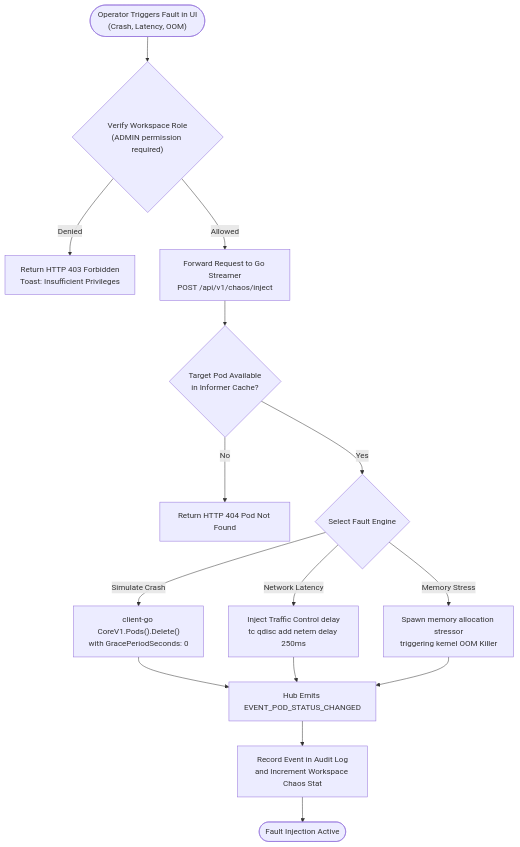
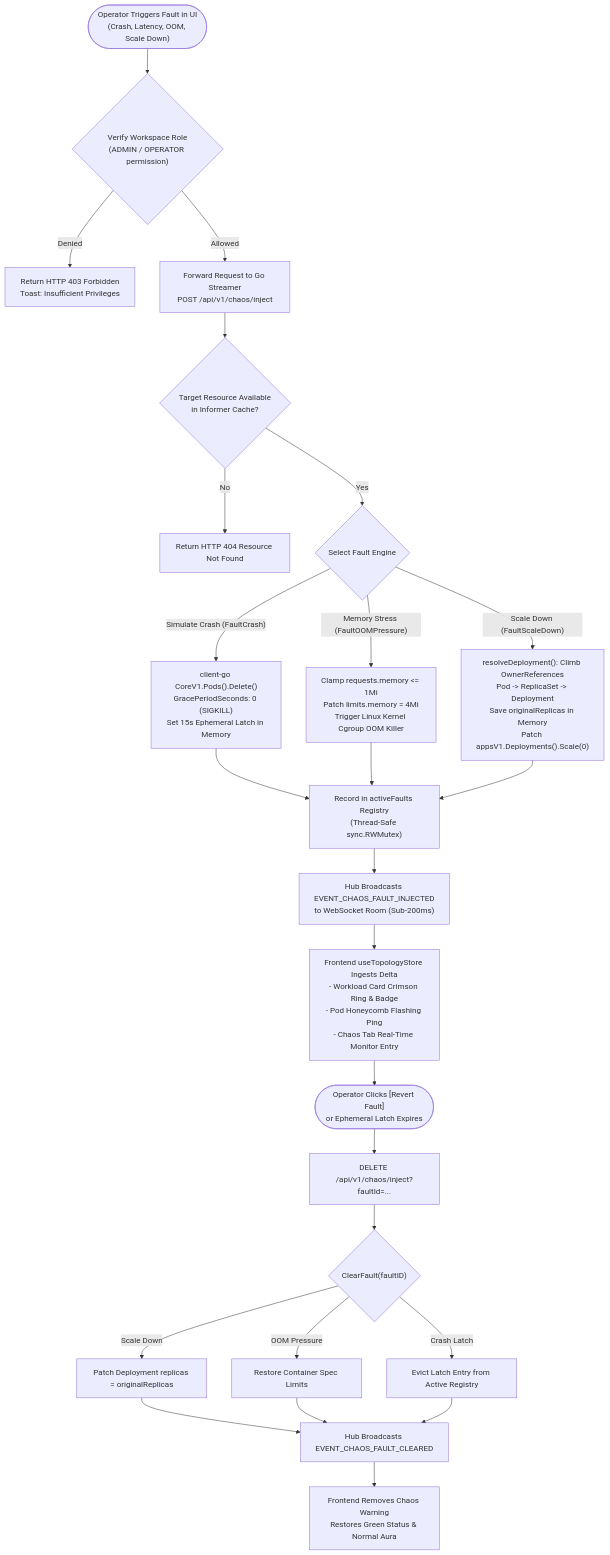
One commit to P20000/EnvScale changed the ninth of 9 diagrams in docs/detailed-design.md. Above: the diagram before and after it, drawn with Mermaid. The commit also changed other lines of this file, not shown here.

Commit message:
docs(design): add elementary deep-dive mechanics for chaos, dynamic edge routing, and config topology

````diff
--- a/docs/detailed-design.md
+++ b/docs/detailed-design.md
@@ -456,23 +456,39 @@
 ```mermaid
 flowchart TD
-    TRIGGER(["Operator Triggers Fault in UI<br/>(Crash, Latency, OOM)"]) --> AUTH_VERIFY{"Verify Workspace Role<br/>(ADMIN permission required)"}
+    TRIGGER(["Operator Triggers Fault in UI<br/>(Crash, Latency, OOM, Scale Down)"]) --> AUTH_VERIFY{"Verify Workspace Role<br/>(ADMIN / OPERATOR permission)"}
     
     AUTH_VERIFY -- Denied --> ERR_403["Return HTTP 403 Forbidden<br/>Toast: Insufficient Privileges"]
     AUTH_VERIFY -- Allowed --> DISPATCH["Forward Request to Go Streamer<br/>POST /api/v1/chaos/inject"]
     
-    DISPATCH --> TARGET_RESOLVE{"Target Pod Available<br/>in Informer Cache?"}
-    TARGET_RESOLVE -- No --> ERR_404["Return HTTP 404 Pod Not Found"]
+    DISPATCH --> TARGET_RESOLVE{"Target Resource Available<br/>in Informer Cache?"}
+    TARGET_RESOLVE -- No --> ERR_404["Return HTTP 404 Resource Not Found"]
     
     TARGET_RESOLVE -- Yes --> FAULT_TYPE{"Select Fault Engine"}
     
-    FAULT_TYPE -- "Simulate Crash" --> K8S_KILL["client-go CoreV1.Pods().Delete()<br/>with GracePeriodSeconds: 0"]
-    FAULT_TYPE -- "Network Latency" --> TC_EXEC["Inject Traffic Control delay<br/>tc qdisc add netem delay 250ms"]
-    FAULT_TYPE -- "Memory Stress" --> STRESS_OOM["Spawn memory allocation stressor<br/>triggering kernel OOM Killer"]
+    FAULT_TYPE -- "Simulate Crash (FaultCrash)" --> K8S_KILL["client-go CoreV1.Pods().Delete()<br/>GracePeriodSeconds: 0 (SIGKILL)<br/>Set 15s Ephemeral Latch in Memory"]
+    FAULT_TYPE -- "Memory Stress (FaultOOMPressure)" --> STRESS_OOM["Clamp requests.memory <= 1Mi<br/>Patch limits.memory = 4Mi<br/>Trigger Linux Kernel Cgroup OOM Killer"]
+    FAULT_TYPE -- "Scale Down (FaultScaleDown)" --> RESOLVE_DEP["resolveDeployment(): Climb OwnerReferences<br/>Pod -> ReplicaSet -> Deployment<br/>Save originalReplicas in Memory<br/>Patch appsV1.Deployments().Scale(0)"]
     
-    K8S_KILL --> BROADCAST["Hub Emits EVENT_POD_STATUS_CHANGED"]
-    TC_EXEC --> BROADCAST
-    STRESS_OOM --> BROADCAST
+    K8S_KILL --> REG_FAULT["Record in activeFaults Registry<br/>(Thread-Safe sync.RWMutex)"]
+    STRESS_OOM --> REG_FAULT
+    RESOLVE_DEP --> REG_FAULT
     
-    BROADCAST --> LOG_AUDIT["Record Event in Audit Log<br/>and Increment Workspace Chaos Stat"]
-    LOG_AUDIT --> FIN(["Fault Injection Active"])
+    REG_FAULT --> BROADCAST["Hub Broadcasts EVENT_CHAOS_FAULT_INJECTED<br/>to WebSocket Room (Sub-200ms)"]
+    
+    BROADCAST --> UI_REACTIVE["Frontend useTopologyStore Ingests Delta<br/>- Workload Card Crimson Ring & Badge<br/>- Pod Honeycomb Flashing Ping<br/>- Chaos Tab Real-Time Monitor Entry"]
+    
+    UI_REACTIVE --> REVERT_TRIGGER(["Operator Clicks [Revert Fault]<br/>or Ephemeral Latch Expires"])
+    
+    REVERT_TRIGGER --> REVERT_REQ["DELETE /api/v1/chaos/inject?faultId=..."]
+    REVERT_REQ --> CLEAR_FAULT{"ClearFault(faultID)"}
+    
+    CLEAR_FAULT -- "Scale Down" --> RESTORE_SCALE["Patch Deployment replicas = originalReplicas"]
+    CLEAR_FAULT -- "OOM Pressure" --> RESTORE_OOM["Restore Container Spec Limits"]
+    CLEAR_FAULT -- "Crash Latch" --> CLEAR_LATCH["Evict Latch Entry from Active Registry"]
+    
+    RESTORE_SCALE --> BROADCAST_CLEAR["Hub Broadcasts EVENT_CHAOS_FAULT_CLEARED"]
+    RESTORE_OOM --> BROADCAST_CLEAR
+    CLEAR_LATCH --> BROADCAST_CLEAR
+    
+    BROADCAST_CLEAR --> UI_HEAL["Frontend Removes Chaos Warning<br/>Restores Green Status & Normal Aura"]
 ```
````
